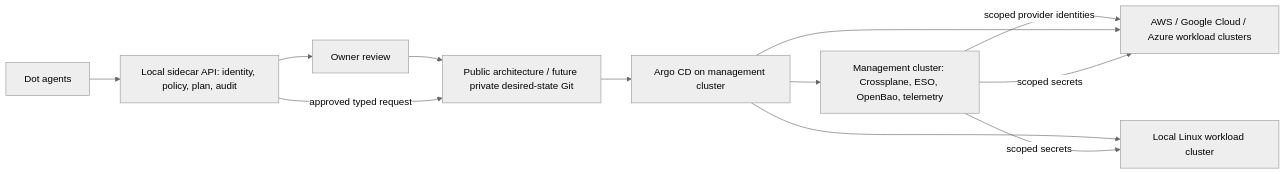
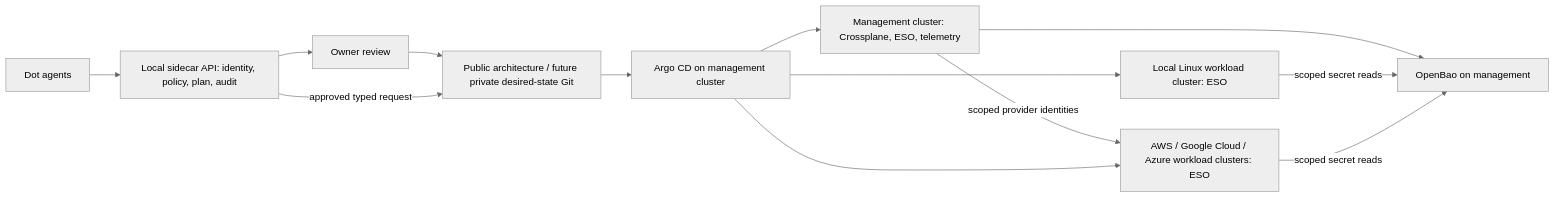
The diagram in README.md (newdarwindev/dots-local-sidecar-cloud-infrastructure), drawn with Mermaid (neutral theme) before and after one commit. The commit also changed other lines of this file, not shown here.

Commit message:
Align secret flow diagram with per-cluster ESO design

````diff
--- a/README.md
+++ b/README.md
@@ -22,14 +22,15 @@
 ```mermaid
 flowchart LR
   O[Owner review] --> G[Public architecture / future private desired-state Git]
   A[Dot agents] --> S[Local sidecar API: identity, policy, plan, audit]
   S --> O
   G --> AC[Argo CD on management cluster]
-  AC --> M[Management cluster: Crossplane, ESO, OpenBao, telemetry]
-  AC --> W[Local Linux workload cluster]
-  M -->|scoped provider identities| C[AWS / Google Cloud / Azure workload clusters]
+  AC --> M[Management cluster: Crossplane, ESO, telemetry]
+  AC --> W[Local Linux workload cluster: ESO]
+  M --> B
+  M -->|scoped provider identities| C[AWS / Google Cloud / Azure workload clusters: ESO]
   AC --> C
-  M -->|scoped secrets| W
-  M -->|scoped secrets| C
+  W -->|scoped secret reads| B[OpenBao on management]
+  C -->|scoped secret reads| B
   S -->|approved typed request| G
 ```
````
